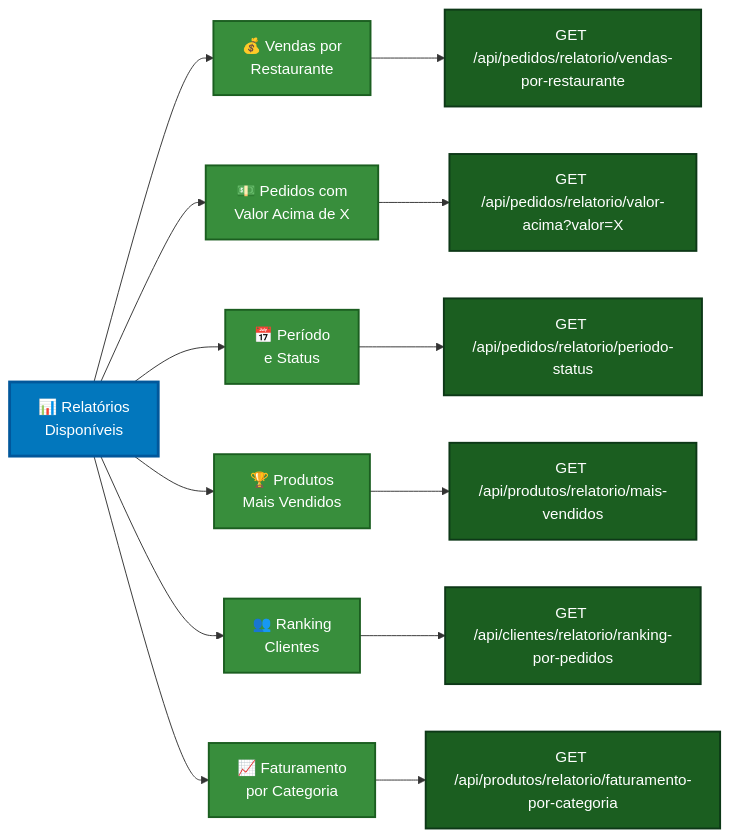
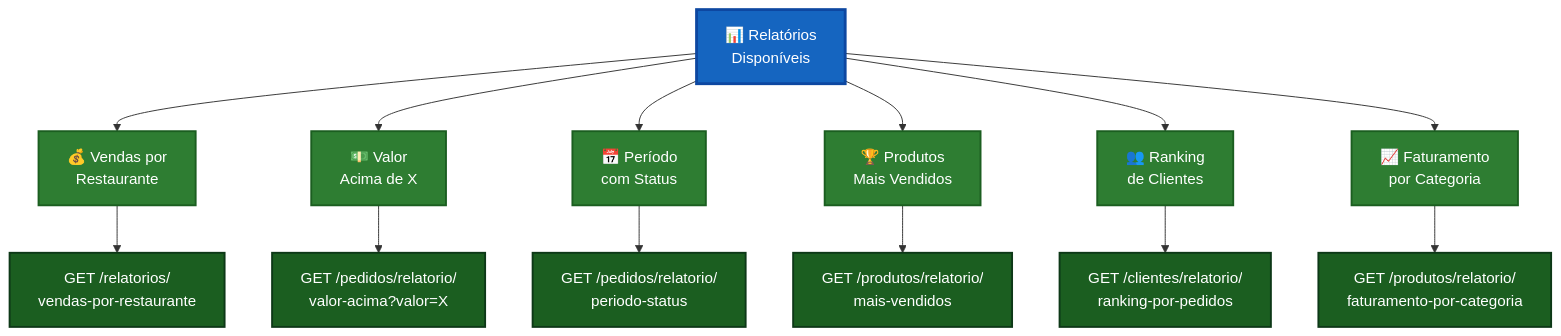
One commit to rrublez/delivery-api-rrubleske changed the sixth of 10 diagrams in README.md. Above: the diagram before and after it, drawn with Mermaid. The commit also changed other lines of this file and 6 other files, not shown here.

````diff
--- a/README.md
+++ b/README.md
@@ -577,32 +718,32 @@
 ```mermaid
-graph LR
+graph TD
     A["📊 Relatórios<br/>Disponíveis"]
     
     A --> B1["💰 Vendas por<br/>Restaurante"]
-    A --> B2["💵 Pedidos com<br/>Valor Acima de X"]
-    A --> B3["📅 Período<br/>e Status"]
+    A --> B2["💵 Valor<br/>Acima de X"]
+    A --> B3["📅 Período<br/>com Status"]
     A --> B4["🏆 Produtos<br/>Mais Vendidos"]
-    A --> B5["👥 Ranking<br/>Clientes"]
+    A --> B5["👥 Ranking<br/>de Clientes"]
     A --> B6["📈 Faturamento<br/>por Categoria"]
     
-    B1 --> C1["GET /api/pedidos/relatorio/vendas-por-restaurante"]
-    B2 --> C2["GET /api/pedidos/relatorio/valor-acima?valor=X"]
-    B3 --> C3["GET /api/pedidos/relatorio/periodo-status"]
-    B4 --> C4["GET /api/produtos/relatorio/mais-vendidos"]
-    B5 --> C5["GET /api/clientes/relatorio/ranking-por-pedidos"]
-    B6 --> C6["GET /api/produtos/relatorio/faturamento-por-categoria"]
+    B1 --> C1["GET /relatorios/<br/>vendas-por-restaurante"]
+    B2 --> C2["GET /pedidos/relatorio/<br/>valor-acima?valor=X"]
+    B3 --> C3["GET /pedidos/relatorio/<br/>periodo-status"]
+    B4 --> C4["GET /produtos/relatorio/<br/>mais-vendidos"]
+    B5 --> C5["GET /clientes/relatorio/<br/>ranking-por-pedidos"]
+    B6 --> C6["GET /produtos/relatorio/<br/>faturamento-por-categoria"]
     
-    style A fill:#0277BD,stroke:#01579B,stroke-width:3px,color:#fff
-    style B1 fill:#388E3C,stroke:#1B5E20,stroke-width:2px,color:#fff
-    style B2 fill:#388E3C,stroke:#1B5E20,stroke-width:2px,color:#fff
-    style B3 fill:#388E3C,stroke:#1B5E20,stroke-width:2px,color:#fff
-    style B4 fill:#388E3C,stroke:#1B5E20,stroke-width:2px,color:#fff
-    style B5 fill:#388E3C,stroke:#1B5E20,stroke-width:2px,color:#fff
-    style B6 fill:#388E3C,stroke:#1B5E20,stroke-width:2px,color:#fff
-    style C1 fill:#1B5E20,stroke:#0D3817,stroke-width:2px,color:#fff
-    style C2 fill:#1B5E20,stroke:#0D3817,stroke-width:2px,color:#fff
-    style C3 fill:#1B5E20,stroke:#0D3817,stroke-width:2px,color:#fff
-    style C4 fill:#1B5E20,stroke:#0D3817,stroke-width:2px,color:#fff
-    style C5 fill:#1B5E20,stroke:#0D3817,stroke-width:2px,color:#fff
-    style C6 fill:#1B5E20,stroke:#0D3817,stroke-width:2px,color:#fff
+    style A fill:#1565C0,stroke:#0D47A1,stroke-width:3px,color:#FFF
+    style B1 fill:#2E7D32,stroke:#1B5E20,stroke-width:2px,color:#FFF
+    style B2 fill:#2E7D32,stroke:#1B5E20,stroke-width:2px,color:#FFF
+    style B3 fill:#2E7D32,stroke:#1B5E20,stroke-width:2px,color:#FFF
+    style B4 fill:#2E7D32,stroke:#1B5E20,stroke-width:2px,color:#FFF
+    style B5 fill:#2E7D32,stroke:#1B5E20,stroke-width:2px,color:#FFF
+    style B6 fill:#2E7D32,stroke:#1B5E20,stroke-width:2px,color:#FFF
+    style C1 fill:#1B5E20,stroke:#0D3817,stroke-width:2px,color:#FFF
+    style C2 fill:#1B5E20,stroke:#0D3817,stroke-width:2px,color:#FFF
+    style C3 fill:#1B5E20,stroke:#0D3817,stroke-width:2px,color:#FFF
+    style C4 fill:#1B5E20,stroke:#0D3817,stroke-width:2px,color:#FFF
+    style C5 fill:#1B5E20,stroke:#0D3817,stroke-width:2px,color:#FFF
+    style C6 fill:#1B5E20,stroke:#0D3817,stroke-width:2px,color:#FFF
 ```
````
